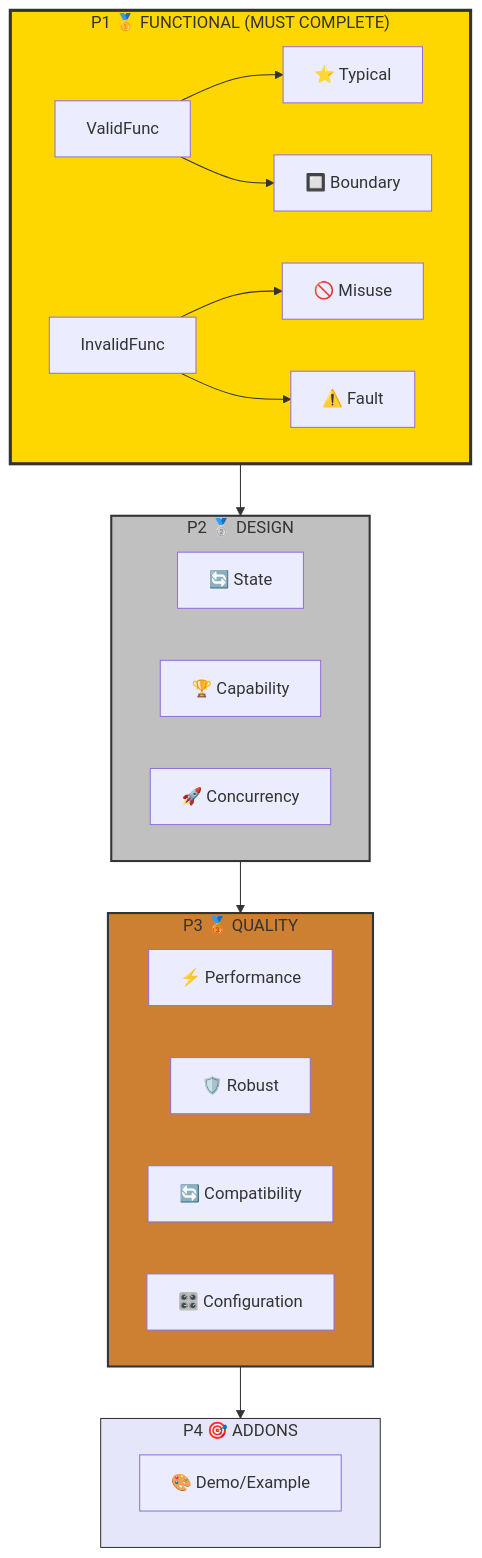
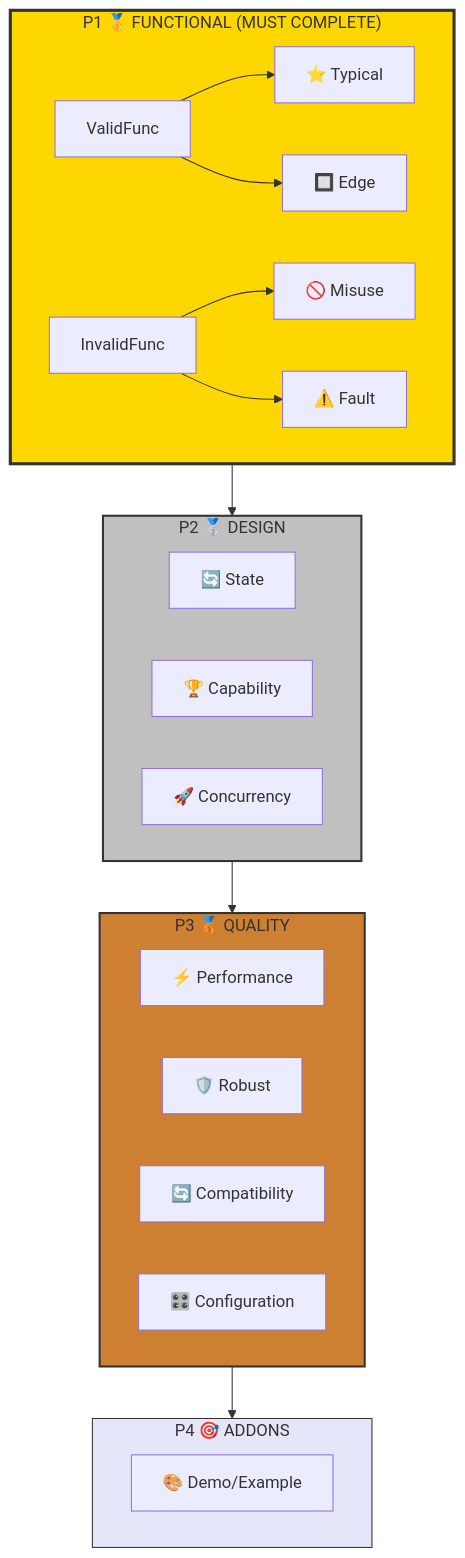
One commit to EnigmaWU/MyIOC_inTDD_withGHC changed the third of 4 diagrams in LLM/CaTDD_UserGuide.md. Above: the diagram before and after it, drawn with Mermaid. The commit also changed other lines of this file and 42 other files, not shown here.

Commit message:
use 'Edge' instand of 'Boundary'

````diff
--- a/LLM/CaTDD_UserGuide.md
+++ b/LLM/CaTDD_UserGuide.md
@@ -456,41 +456,41 @@
 ```mermaid
 graph TD
     subgraph P1["P1 🥇 FUNCTIONAL (MUST COMPLETE)"]
         ValidFunc[ValidFunc]
         InvalidFunc[InvalidFunc]
         Typical[⭐ Typical]
-        Boundary[🔲 Boundary]
+        Edge[🔲 Edge]
         Misuse[🚫 Misuse]
         Fault[⚠️ Fault]
         ValidFunc --> Typical
-        ValidFunc --> Boundary
+        ValidFunc --> Edge
         InvalidFunc --> Misuse
         InvalidFunc --> Fault
     end
     
     subgraph P2["P2 🥈 DESIGN"]
         State[🔄 State]
         Capability[🏆 Capability]
         Concurrency[🚀 Concurrency]
     end
     
     subgraph P3["P3 🥉 QUALITY"]
         Performance[⚡ Performance]
         Robust[🛡️ Robust]
         Compatibility[🔄 Compatibility]
         Configuration[🎛️ Configuration]
     end
     
     subgraph P4["P4 🎯 ADDONS"]
         Demo[🎨 Demo/Example]
     end
     
     P1 --> P2
     P2 --> P3
     P3 --> P4
     
     style P1 fill:#ffd700,stroke:#333,stroke-width:3px
     style P2 fill:#c0c0c0,stroke:#333,stroke-width:2px
     style P3 fill:#cd7f32,stroke:#333,stroke-width:2px
     style P4 fill:#e6e6fa,stroke:#333,stroke-width:1px
 ```
````
